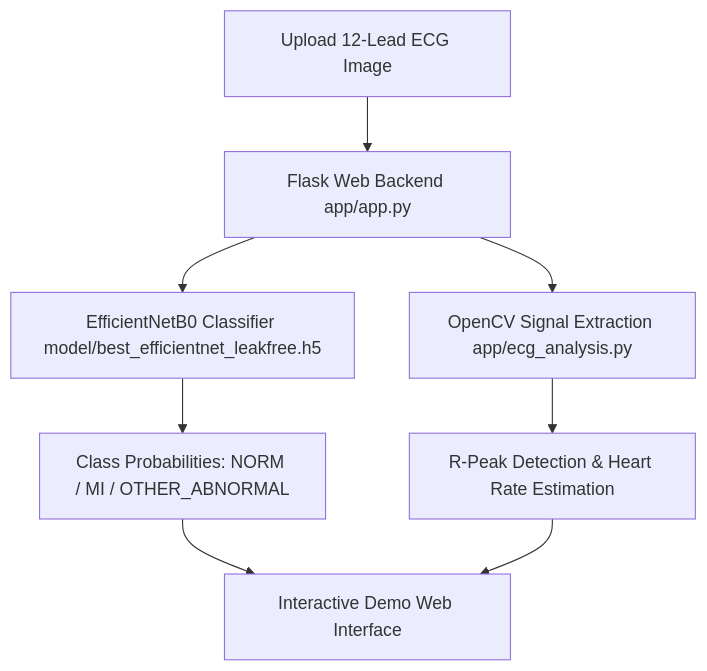
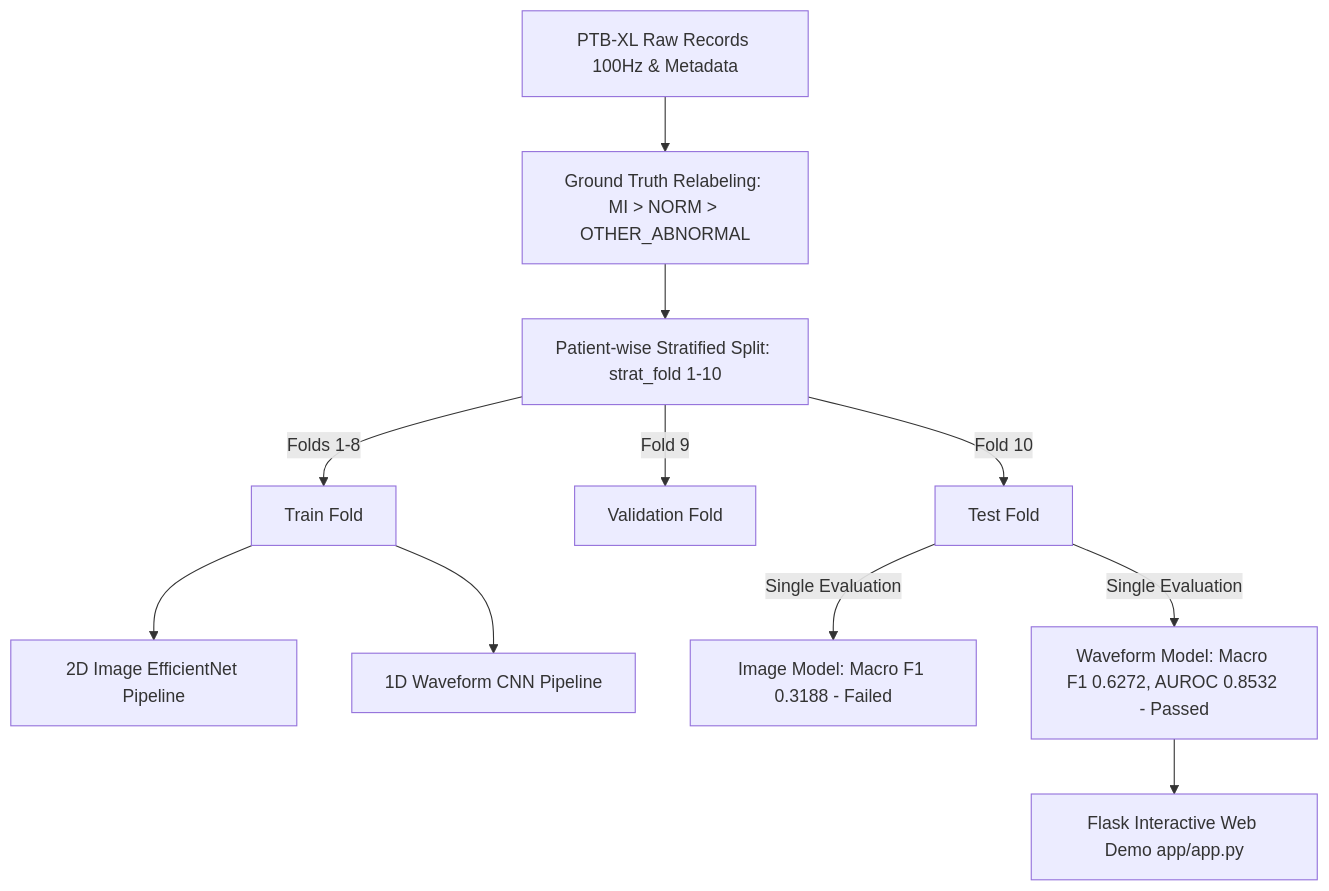
One commit to SiddhiDeshmukh310/CardioScan changed the diagram in README.md. Above: the diagram before and after it, drawn with Mermaid. The commit also changed other lines of this file and 24 other files, not shown here.

Commit message:
Diagnose image model, build 1D waveform CNN, update web app demo, and scrub tool traces

````diff
--- a/README.md
+++ b/README.md
@@ -19,10 +38,13 @@
 ```mermaid
-flowchart TD
-    A[Upload 12-Lead ECG Image] --> B[Flask Web Backend app/app.py]
-    B --> C[EfficientNetB0 Classifier model/best_efficientnet_leakfree.h5]
-    B --> D[OpenCV Signal Extraction app/ecg_analysis.py]
-    C --> E[Class Probabilities: NORM / MI / OTHER_ABNORMAL]
-    D --> F[R-Peak Detection & Heart Rate Estimation]
-    E --> G[Interactive Demo Web Interface]
-    F --> G
+graph TD
+    A[PTB-XL Raw Records 100Hz & Metadata] --> B[Ground Truth Relabeling: MI > NORM > OTHER_ABNORMAL]
+    B --> C[Patient-wise Stratified Split: strat_fold 1-10]
+    C -->|Folds 1-8| D[Train Fold]
+    C -->|Fold 9| E[Validation Fold]
+    C -->|Fold 10| F[Test Fold]
+    D --> G[2D Image EfficientNet Pipeline]
+    D --> H[1D Waveform CNN Pipeline]
+    F -->|Single Evaluation| I[Image Model: Macro F1 0.3188 - Failed]
+    F -->|Single Evaluation| J[Waveform Model: Macro F1 0.6272, AUROC 0.8532 - Passed]
+    J --> K[Flask Interactive Web Demo app/app.py]
 ```
````
